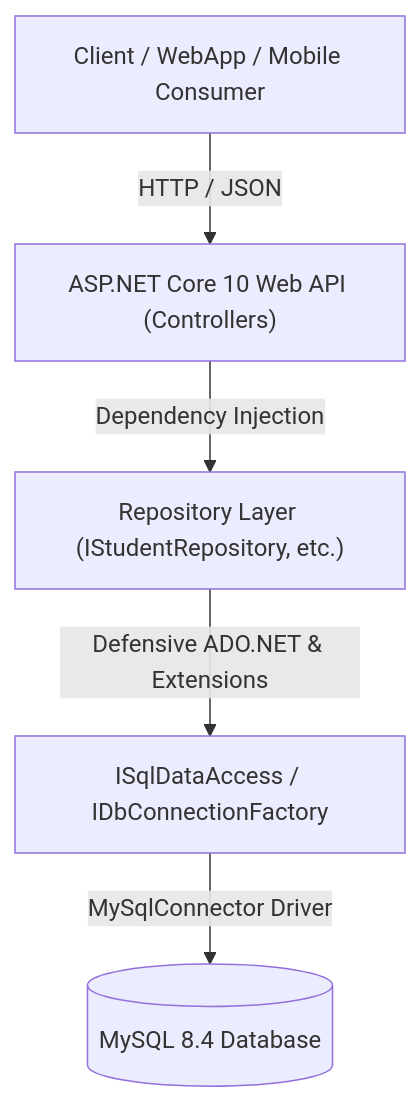
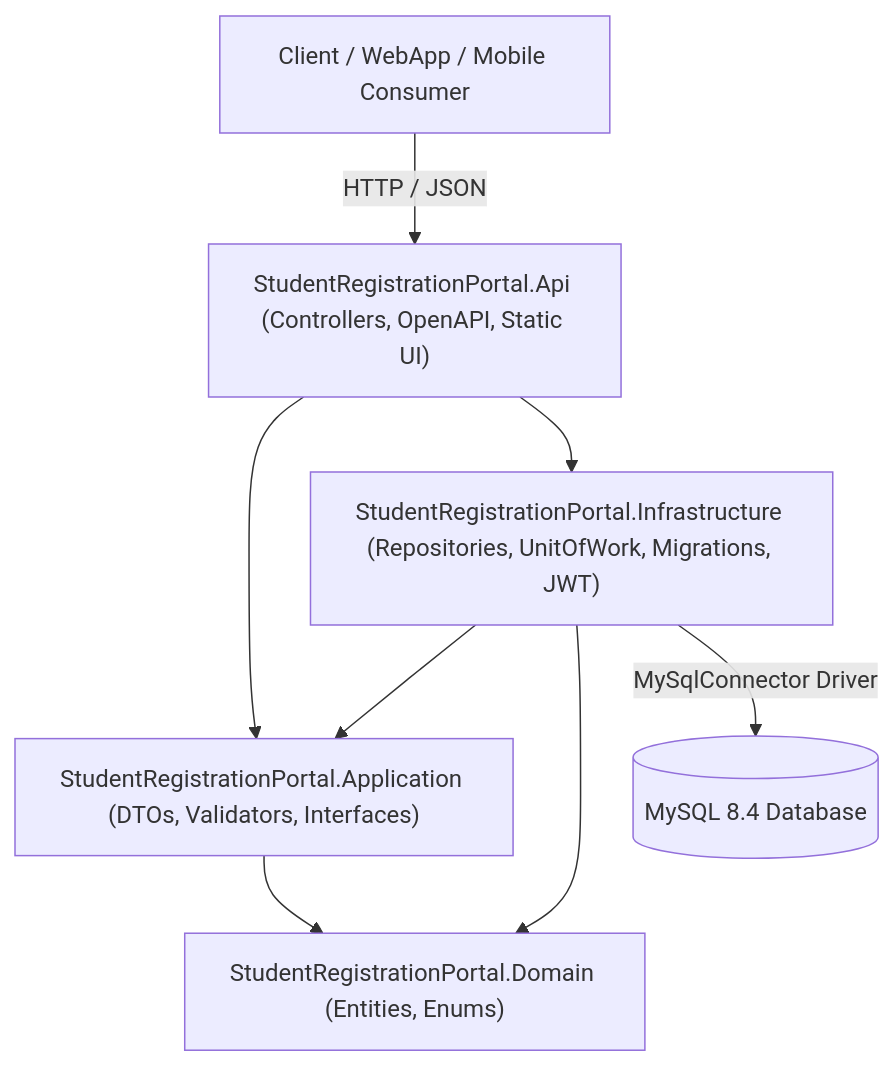
Before and after one commit to Kbassem10/eFinance: the first of 3 diagrams in README.md, drawn with Mermaid. The commit also changed other lines of this file and 107 other files, not shown here.

````diff
--- a/README.md
+++ b/README.md
@@ -37,7 +37,10 @@
 ```mermaid
 graph TD
-    Client["Client / WebApp / Mobile Consumer"] -->|HTTP / JSON| API["ASP.NET Core 10 Web API (Controllers)"]
-    API -->|Dependency Injection| Repos["Repository Layer (IStudentRepository, etc.)"]
-    Repos -->|Defensive ADO.NET & Extensions| DbAccess["ISqlDataAccess / IDbConnectionFactory"]
-    DbAccess -->|MySqlConnector Driver| DB[("MySQL 8.4 Database")]
+    Client["Client / WebApp / Mobile Consumer"] -->|HTTP / JSON| API["StudentRegistrationPortal.Api (Controllers, OpenAPI, Static UI)"]
+    API --> APP["StudentRegistrationPortal.Application (DTOs, Validators, Interfaces)"]
+    API --> INFRA["StudentRegistrationPortal.Infrastructure (Repositories, UnitOfWork, Migrations, JWT)"]
+    INFRA --> APP
+    INFRA --> DOM["StudentRegistrationPortal.Domain (Entities, Enums)"]
+    APP --> DOM
+    INFRA -->|MySqlConnector Driver| DB[("MySQL 8.4 Database")]
 ```
````
